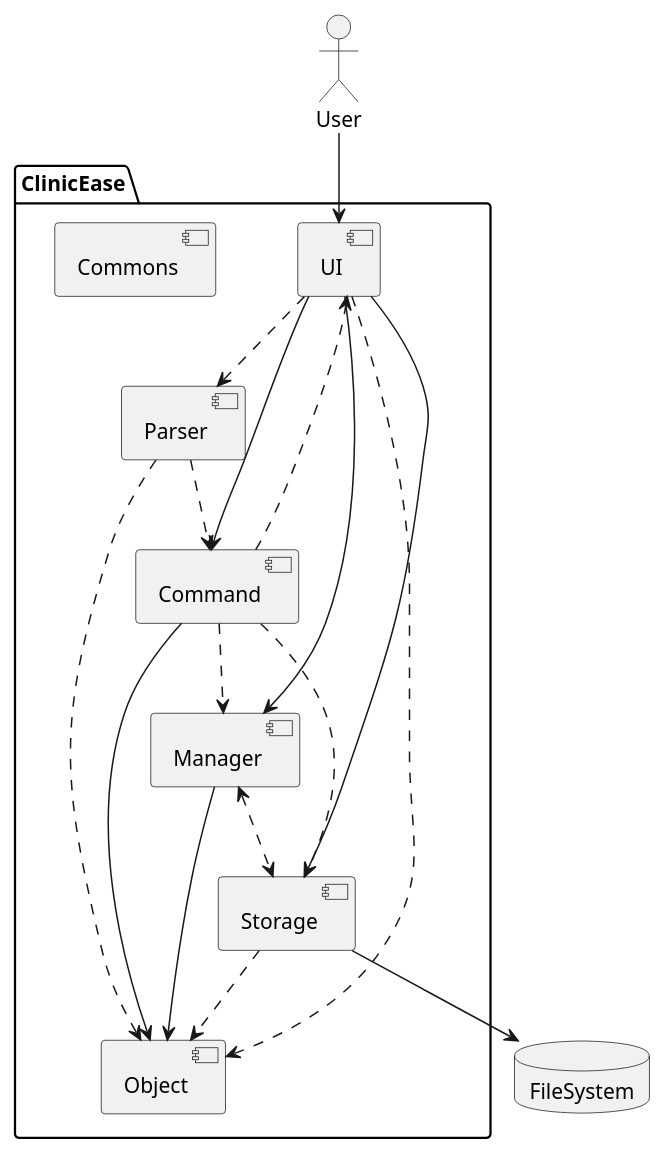
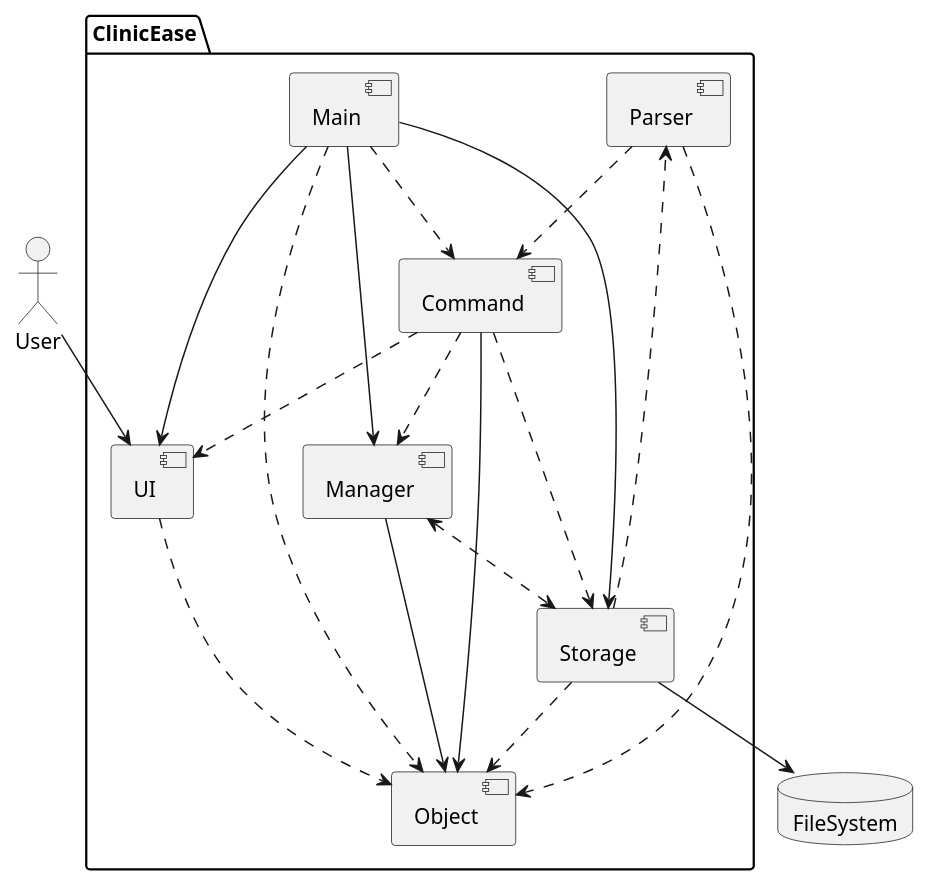
One commit to chwenyee/tp changed the diagram in docs/diagrams/ArchitectureDiagram.puml. Above: the diagram before and after it, drawn with PlantUML. The commit also changed 8 other files, not shown here.

Commit message:
Updated Architecture diagram, added UI and Main component

```diff
--- a/docs/diagrams/ArchitectureDiagram.puml
+++ b/docs/diagrams/ArchitectureDiagram.puml
@@ -1,32 +1,35 @@
 @startuml
 actor User
 
 package "ClinicEase"{
 component UI
 component Parser
 component Command
 component Manager
 component Object
 component Storage
-component Commons
+component Main
 }
 database FileSystem
 
 User --> UI
 UI ..> Object
-UI ..> Parser
-UI --> Manager
-UI --> Storage
+Main --> UI
+Main ..>Command
+Main --> Manager
+Main --> Storage
+Main ..> Object
 Parser ..> Command
 Parser ..> Object
 Command --> Object
 Command ..> UI
 Command ..> Manager
 Command ..> Storage
 Manager --> Object
 Manager <..> Storage
 Storage ..> Object
-UI --> Command
+Storage ..> Parser
 Storage --> FileSystem
 
+
 @enduml
```
